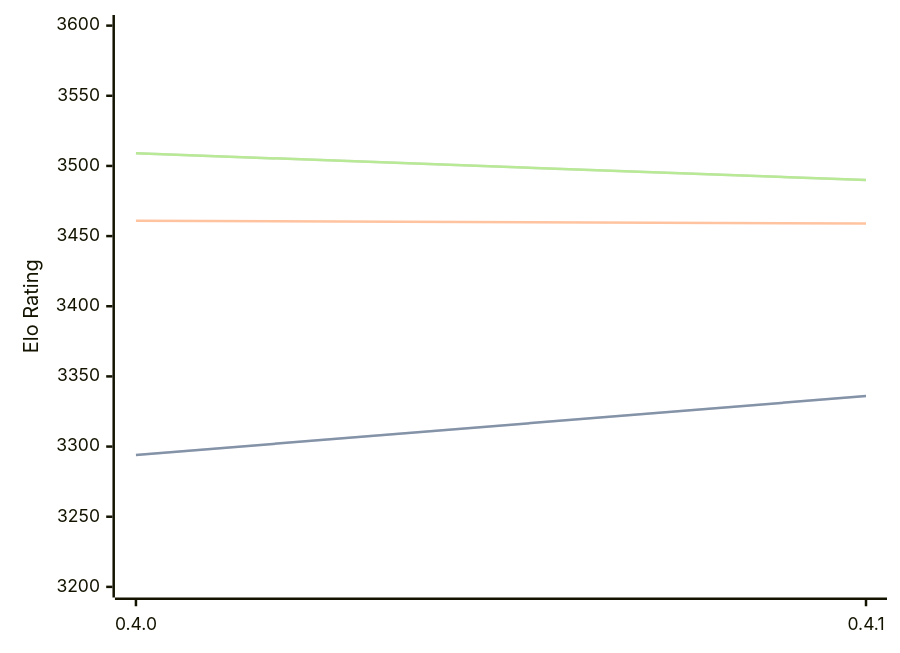
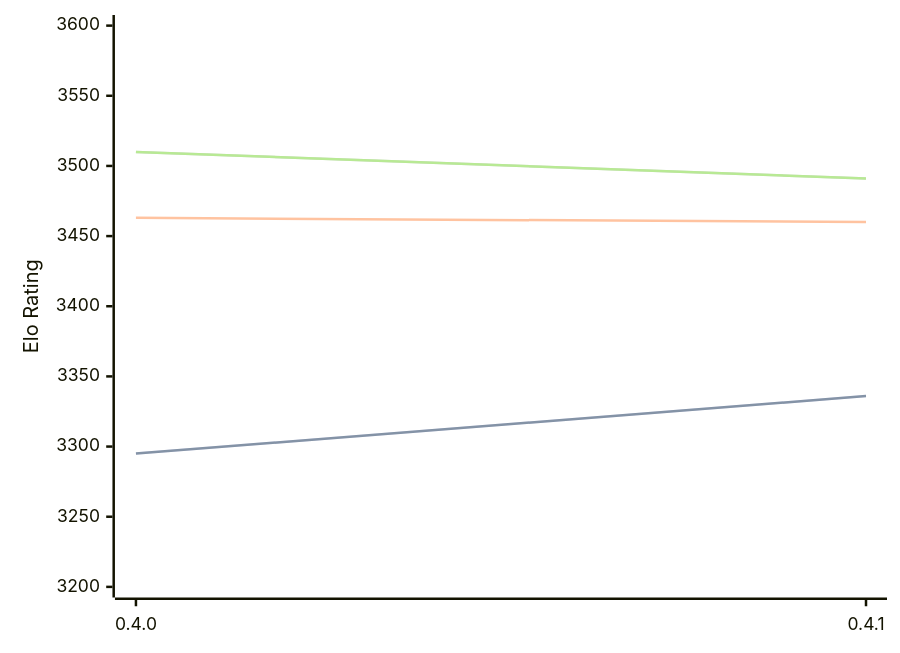
The third of 3 diagrams in engines/Cinder.md (computer-chess-index/cci), drawn with Mermaid before and after one commit. The commit also changed other lines of this file, not shown here.

Commit message:
Update CCI Ratings (ELO VLTC) - 2026-06-22

````diff
--- a/engines/Cinder.md
+++ b/engines/Cinder.md
@@ -73,11 +73,11 @@
 ```mermaid
 %%{init: {"theme":"base","themeVariables":{"seriesColors:['#a3a3a3','#222221','#faa371']}}}%%
 xychart-beta
   x-axis ["0.4.0", "0.4.1"]
   y-axis "Elo Rating" 3200 --> 3600
-  line "STC (8.0+0.08s)" [3294, 3336]
-  line "STC (8.0+0.08s)" [3294, 3336]
-  line "LTC (60.0+0.60s)" [3461, 3459]
-  line "VLTC (2m24s+1.12s)" [3509, 3490]
-  line "VLTC (2m24s+1.12s)" [3509, 3490]
+  line "STC (8.0+0.08s)" [3295, 3336]
+  line "STC (8.0+0.08s)" [3295, 3336]
+  line "LTC (60.0+0.60s)" [3463, 3460]
+  line "VLTC (2m24s+1.12s)" [3510, 3491]
+  line "VLTC (2m24s+1.12s)" [3510, 3491]
 ```
````
